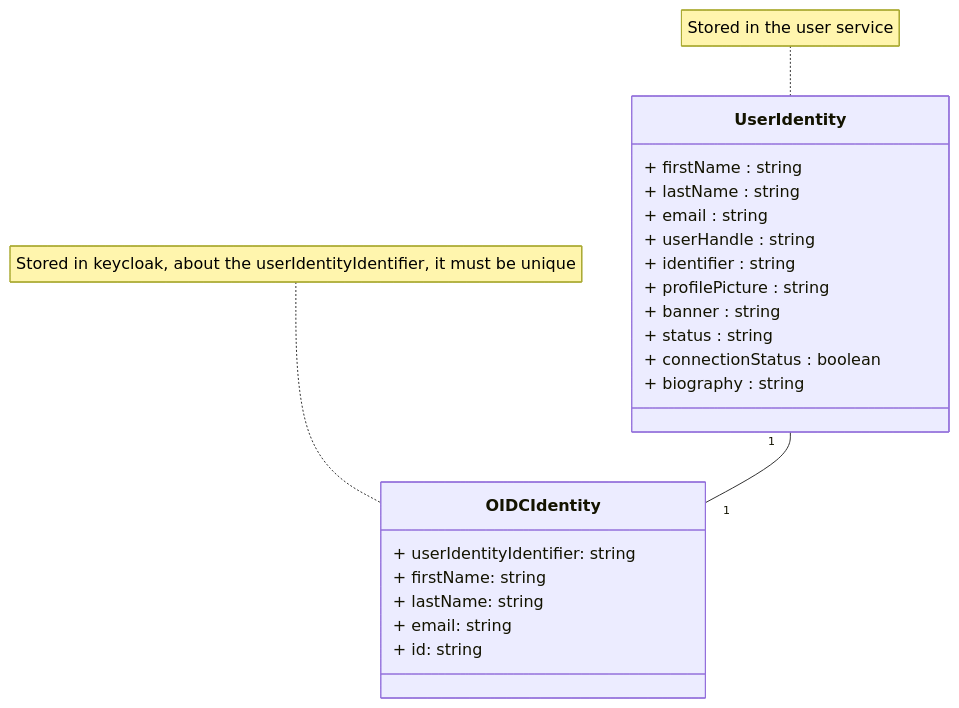
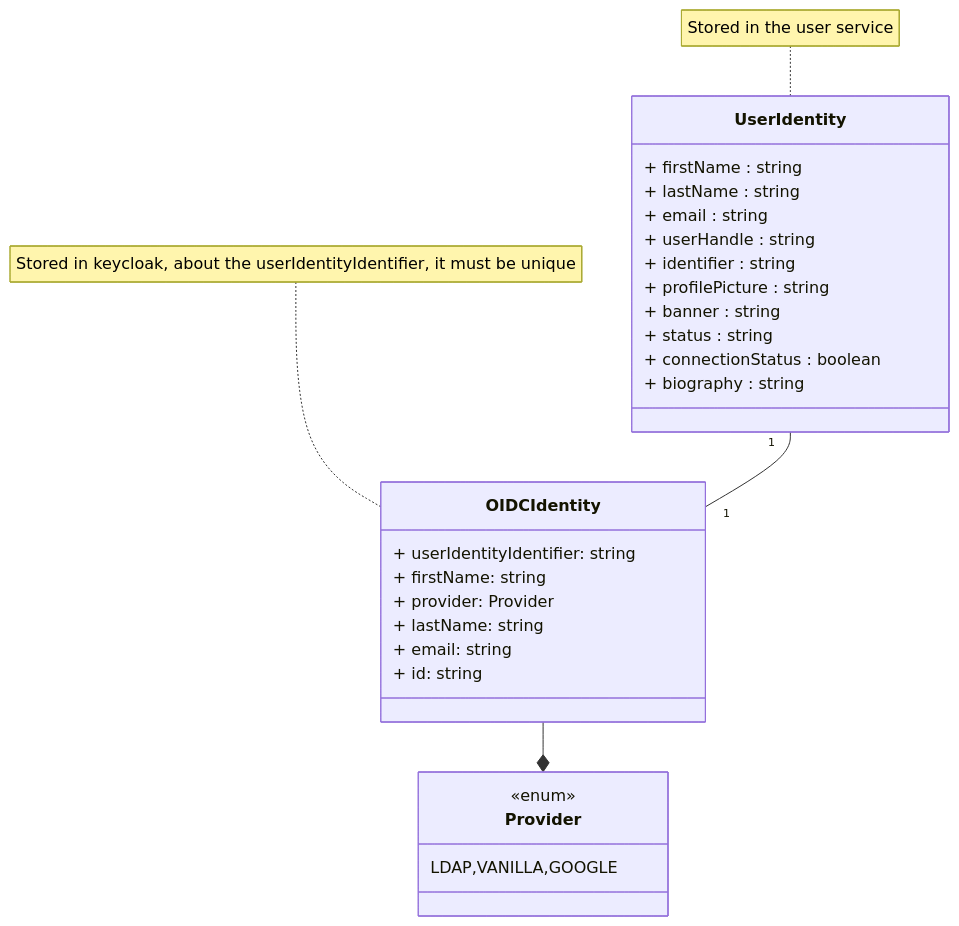
One commit to Courtcircuits/tad-beep-sprint6 changed the first of 3 diagrams in drafts/Q2.md. Above: the diagram before and after it, drawn with Mermaid. The commit also changed other lines of this file and 6 other files, not shown here.

````diff
--- a/drafts/Q2.md
+++ b/drafts/Q2.md
@@ -58,26 +58,33 @@
 ```mermaid
 classDiagram
     UserIdentity "1" -- "1" OIDCIdentity
+	OIDCIdentity --* Provider
     note for UserIdentity "Stored in the user service"
     note for OIDCIdentity "Stored in keycloak, about the userIdentityIdentifier, it must be unique"
     class UserIdentity {
         + firstName : string
         + lastName : string
         + email : string
         + userHandle : string
         + identifier : string
         + profilePicture : string
         + banner : string
         + status : string
         + connectionStatus : boolean
         + biography : string
     }
 
     class OIDCIdentity {
         + userIdentityIdentifier: string
         + firstName: string
+		+ provider: Provider
         + lastName: string
         + email: string
         + id: string
     }
+	class Provider{
+		<<enum>>
+		LDAP,VANILLA,GOOGLE
+	}
+	
 ```
````
